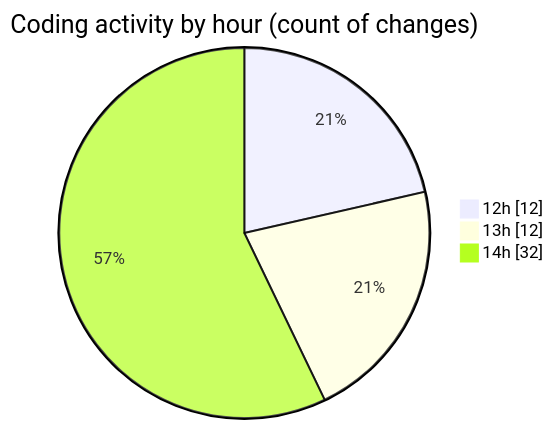
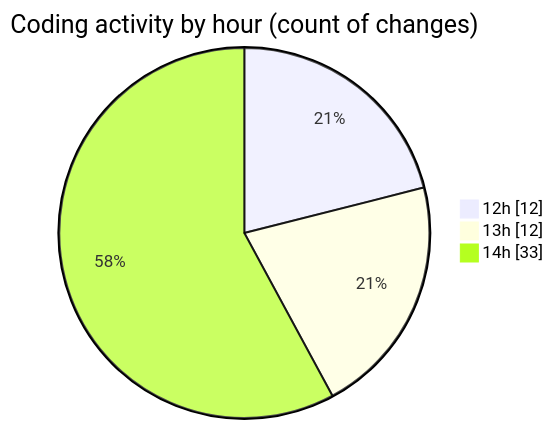
The second of 2 diagrams in 2025-09-24/cda/README.md (momahboobian/code-tracking), drawn with Mermaid before and after one commit. The commit also changed other lines of this file and 1 other file, not shown here.

````diff
--- a/2025-09-24/cda/README.md
+++ b/2025-09-24/cda/README.md
@@ -37,7 +37,7 @@
 ```mermaid
 pie showData
 title Coding activity by hour (count of changes)
 "12h" : 12
 "13h" : 12
-"14h" : 32
+"14h" : 33
 ```
````
